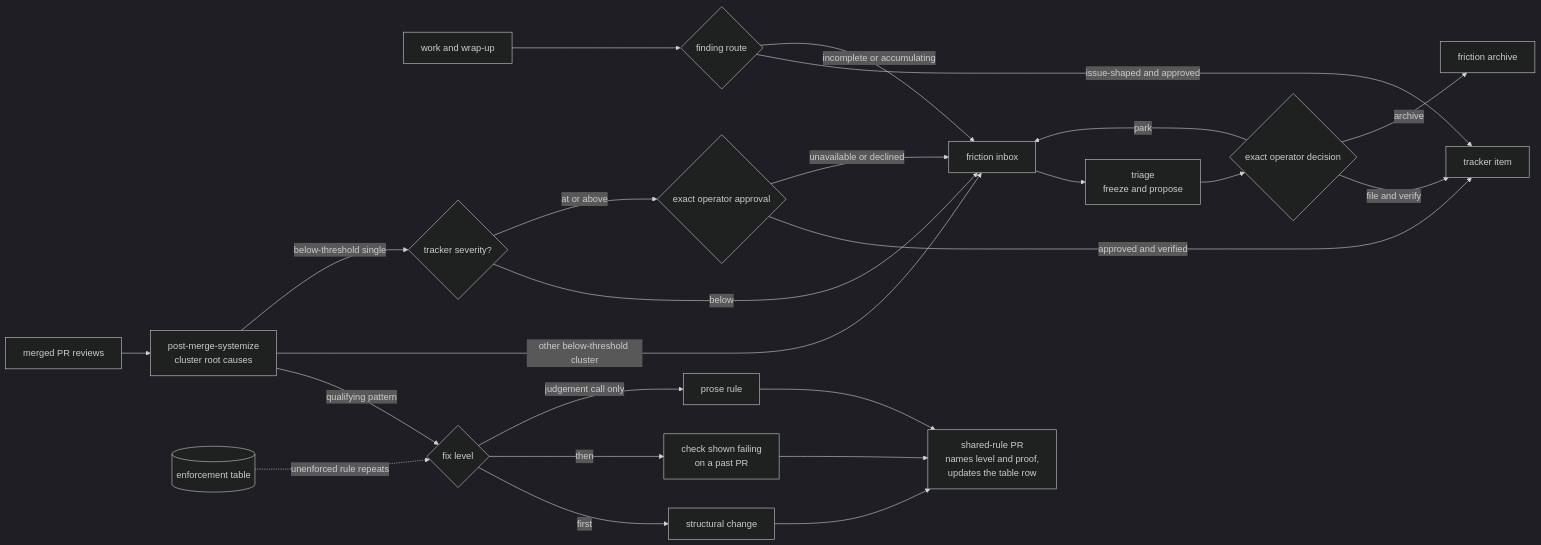
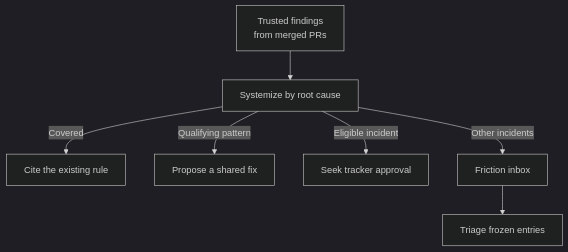
Before and after one commit to topij/agentic-dev-kit: the sixth of 6 diagrams in docs/architecture.md, drawn with Mermaid (dark theme). The commit also changed other lines of this file and 12 other files, not shown here.

````diff
--- a/docs/architecture.md
+++ b/docs/architecture.md
@@ -284,26 +177,11 @@
 ```mermaid
-flowchart LR
-    Session["work and wrap-up"] --> Finding{"finding route"}
-    Finding -->|issue-shaped and approved| Tracker["tracker item"]
-    Finding -->|incomplete or accumulating| Inbox["friction inbox"]
-    Inbox --> Triage["triage<br/>freeze and propose"]
-    Triage --> Decision{"exact operator decision"}
-    Decision -->|file and verify| Tracker
-    Decision -->|archive| Archive["friction archive"]
-    Decision -->|park| Inbox
-    Merged["merged PR reviews"] --> Systemize["post-merge-systemize<br/>cluster root causes"]
-    Systemize -->|qualifying pattern| Ladder{"fix level"}
-    Ladder -->|first| Structure["structural change"]
-    Ladder -->|then| Check["check shown failing<br/>on a past PR"]
-    Ladder -->|judgement call only| Rule["prose rule"]
-    Table[("enforcement table")] -.->|unenforced rule repeats| Ladder
-    Structure --> Proposal["shared-rule PR<br/>names level and proof,<br/>updates the table row"]
-    Check --> Proposal
-    Rule --> Proposal
-    Systemize -->|other below-threshold cluster| Inbox
-    Systemize -->|below-threshold single| Severity{"tracker severity?"}
-    Severity -->|below| Inbox
-    Severity -->|at or above| Approval{"exact operator approval"}
-    Approval -->|approved and verified| Tracker
-    Approval -->|unavailable or declined| Inbox
+flowchart TD
+    accTitle: Where session friction and review patterns go
+    accDescr: Triage acts on a frozen friction inbox. Systemize groups findings from trusted merged PR reviews and routes each cluster to an existing rule citation, a shared fix proposal, tracker approval or the inbox.
+    Reviews["Trusted findings<br/>from merged PRs"] --> Group["Systemize by root cause"]
+    Group -->|Covered| Cite["Cite the existing rule"]
+    Group -->|Qualifying pattern| Fix["Propose a shared fix"]
+    Group -->|Eligible incident| Ticket["Seek tracker approval"]
+    Group -->|Other incidents| Inbox["Friction inbox"]
+    Inbox --> Triage["Triage frozen entries"]
 ```
````
